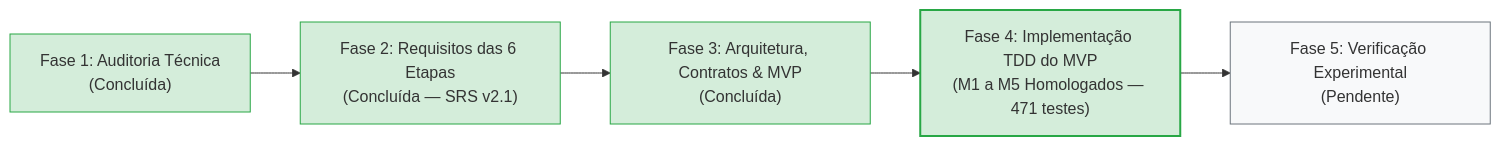
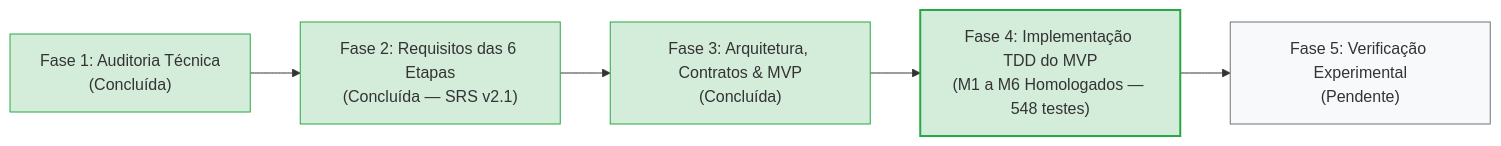
Before and after one commit to aleerangel/experimental-ml-framework: the diagram in engenharia_software/ETAPA_ATUAL_ENGENHARIA.md, drawn with Mermaid. The commit also changed other lines of this file and 2 other files, not shown here.

Commit message:
docs: atualizar README, ETAPA_ATUAL_ENGENHARIA e SRS para conclusao do Marco M6 (548 testes)

````diff
--- a/engenharia_software/ETAPA_ATUAL_ENGENHARIA.md
+++ b/engenharia_software/ETAPA_ATUAL_ENGENHARIA.md
@@ -22,13 +22,13 @@
 ```mermaid
 flowchart LR
     Fase1["Fase 1: Auditoria Técnica<br/>(Concluída)"] --> Fase2["Fase 2: Requisitos das 6 Etapas<br/>(Concluída — SRS v2.1)"]
     Fase2 --> Fase3["Fase 3: Arquitetura, Contratos & MVP<br/>(Concluída)"]
-    Fase3 --> Fase4["Fase 4: Implementação TDD do MVP<br/>(M1 a M5 Homologados — 471 testes)"]
+    Fase3 --> Fase4["Fase 4: Implementação TDD do MVP<br/>(M1 a M6 Homologados — 548 testes)"]
     Fase4 --> Fase5["Fase 5: Verificação Experimental<br/>(Pendente)"]
     
     style Fase1 fill:#d4edda,stroke:#28a745
     style Fase2 fill:#d4edda,stroke:#28a745
     style Fase3 fill:#d4edda,stroke:#28a745
     style Fase4 fill:#d4edda,stroke:#28a745,stroke-width:2px
     style Fase5 fill:#f8f9fa,stroke:#6c757d
 ```
````
